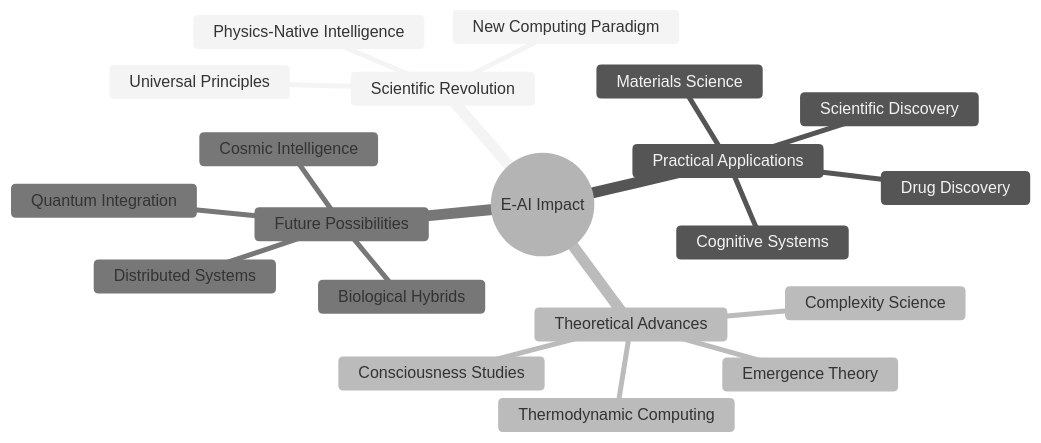
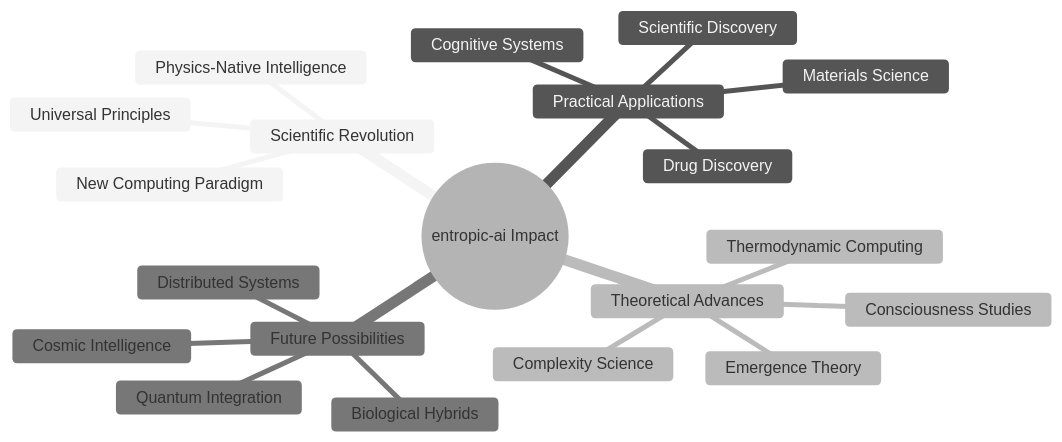
Before and after one commit to krish567366/Entropic-AI: diagram 28 of 32 in docs/about/paper.md, drawn with Mermaid (neutral theme). The commit also changed other lines of this file and 37 other files, not shown here.

````diff
--- a/docs/about/paper.md
+++ b/docs/about/paper.md
@@ -903,23 +903,23 @@
 ```mermaid
 mindmap
-  root((E-AI Impact))
+  root((entropic-ai Impact))
     Scientific Revolution
       New Computing Paradigm
       Physics-Native Intelligence
       Universal Principles
     Practical Applications
       Drug Discovery
       Materials Science
       Cognitive Systems
       Scientific Discovery
     Theoretical Advances
       Thermodynamic Computing
       Complexity Science
       Emergence Theory
       Consciousness Studies
     Future Possibilities
       Quantum Integration
       Biological Hybrids
       Distributed Systems
       Cosmic Intelligence
 ```
````
